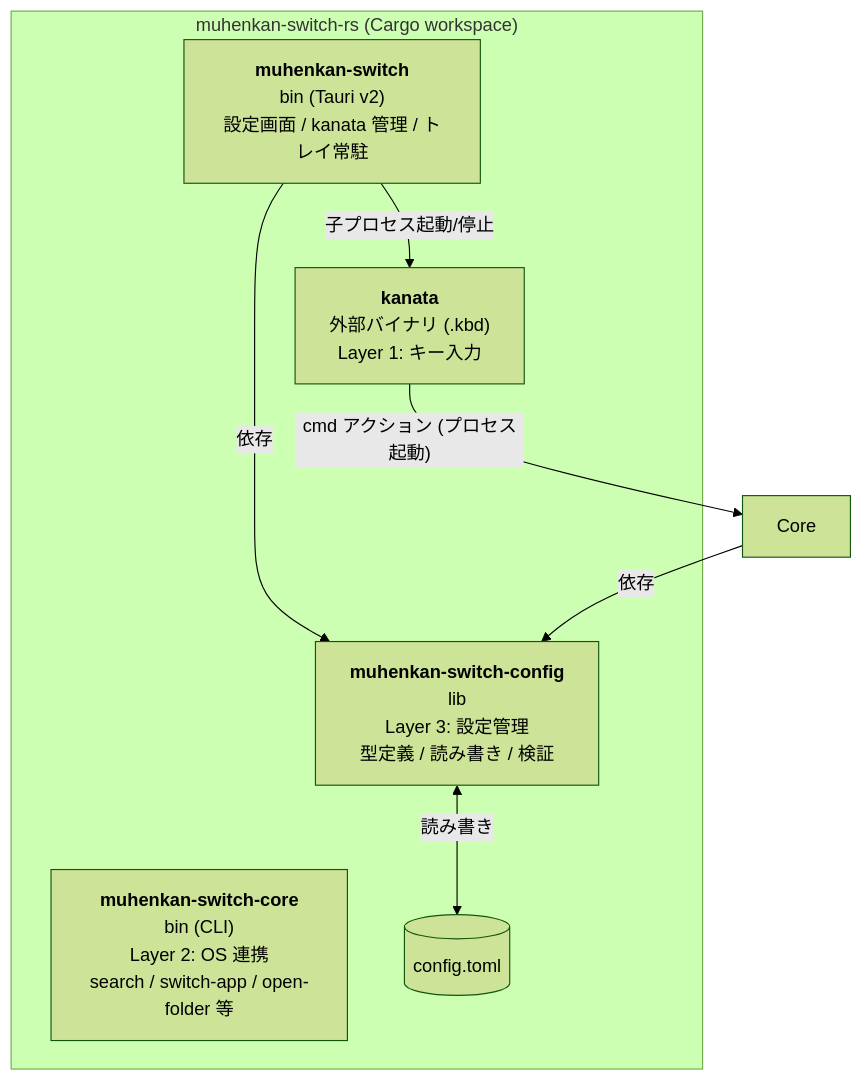
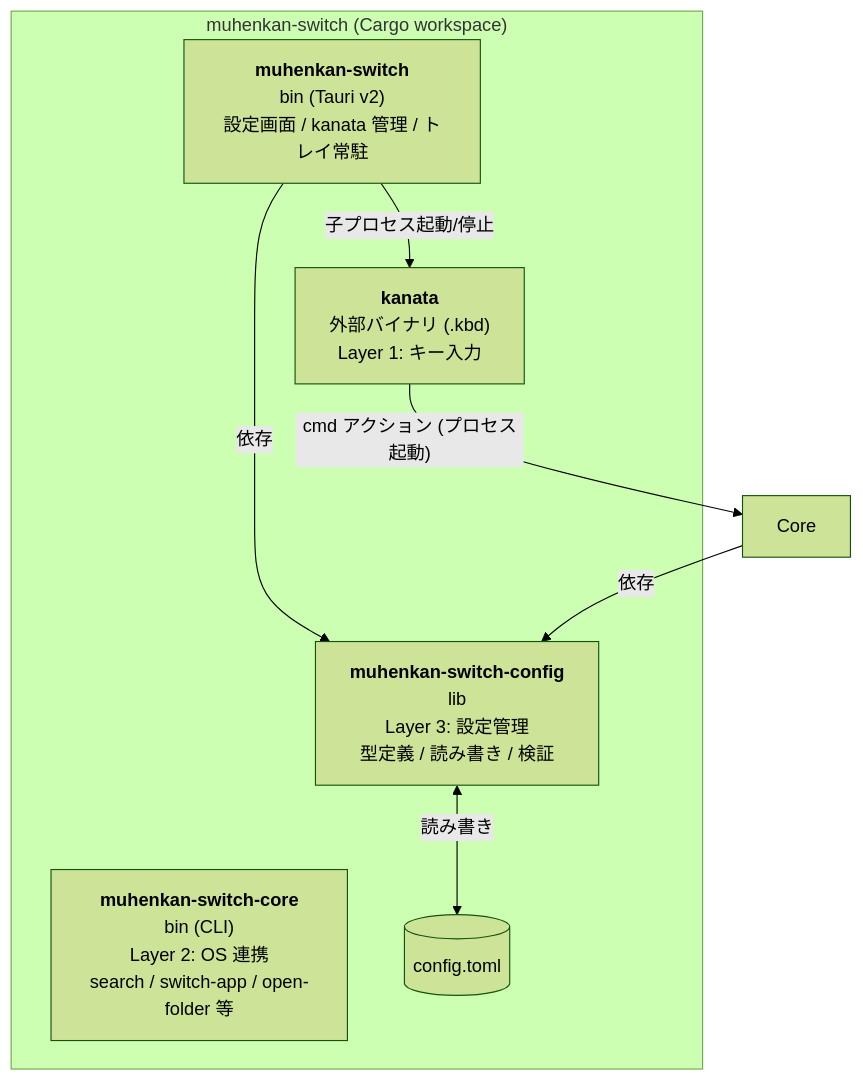
One commit to kimushun1101/muhenkan-switch changed the second of 2 diagrams in docs/design.md. Above: the diagram before and after it, drawn with Mermaid (forest theme). The commit also changed other lines of this file and 27 other files, not shown here.

First line of the commit message:
rename: muhenkan-switch-rs → muhenkan-switch の全参照を更新

````diff
--- a/docs/design.md
+++ b/docs/design.md
@@ -86,16 +86,16 @@
 ```mermaid
 graph TB
-    subgraph "muhenkan-switch-rs (Cargo workspace)"
+    subgraph "muhenkan-switch (Cargo workspace)"
         GUI["<b>muhenkan-switch</b><br/>bin (Tauri v2)<br/>設定画面 / kanata 管理 / トレイ常駐"]
         kanata["<b>kanata</b><br/>外部バイナリ (.kbd)<br/>Layer 1: キー入力"]
         CLI["<b>muhenkan-switch-core</b><br/>bin (CLI)<br/>Layer 2: OS 連携<br/>search / switch-app / open-folder 等"]
         config["<b>muhenkan-switch-config</b><br/>lib<br/>Layer 3: 設定管理<br/>型定義 / 読み書き / 検証"]
         toml[("config.toml")]
     end
 
     GUI -- "子プロセス起動/停止" --> kanata
     kanata -- "cmd アクション (プロセス起動)" --> Core
     GUI -- "依存" --> config
     Core -- "依存" --> config
     config <-- "読み書き" --> toml
 ```
````
